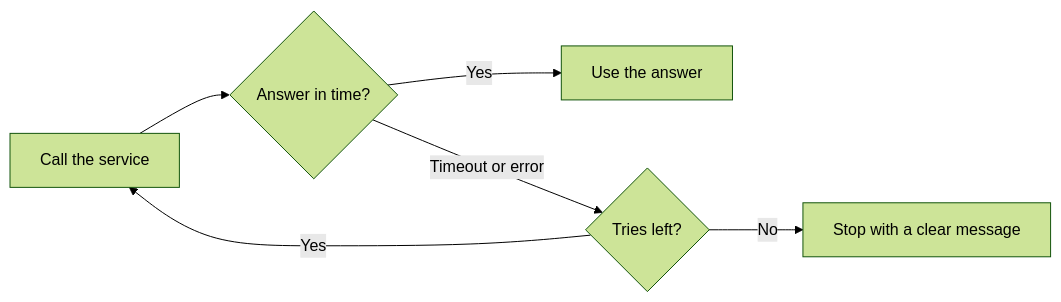
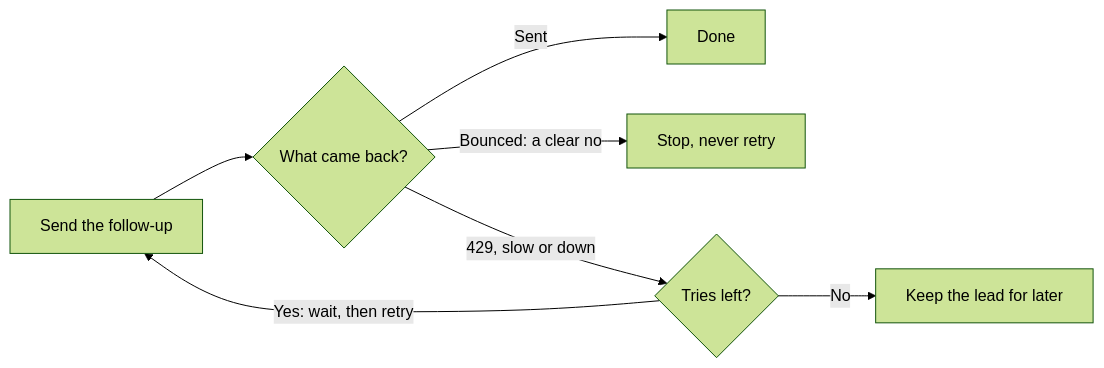
One commit to learnwithparam/agentic-ai-live-labs changed the diagram in docs/labs/20-tool-failures.md. Above: the diagram before and after it, drawn with Mermaid (forest theme). The commit also changed other lines of this file and 44 other files, not shown here.

````diff
--- a/docs/labs/20-tool-failures.md
+++ b/docs/labs/20-tool-failures.md
@@ -7,8 +7,9 @@
 ```mermaid
 flowchart LR
-  A["Call the service"] --> B{"Answer in time?"}
-  B -->|"Yes"| C["Use the answer"]
-  B -->|"Timeout or error"| D{"Tries left?"}
-  D -->|"Yes"| A
-  D -->|"No"| E["Stop with a clear message"]
+  A["Send the follow-up"] --> B{"What came back?"}
+  B -->|"Sent"| C["Done"]
+  B -->|"Bounced: a clear no"| X["Stop, never retry"]
+  B -->|"429, slow or down"| D{"Tries left?"}
+  D -->|"Yes: wait, then retry"| A
+  D -->|"No"| E["Keep the lead for later"]
 ```
````
